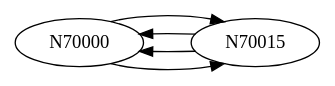
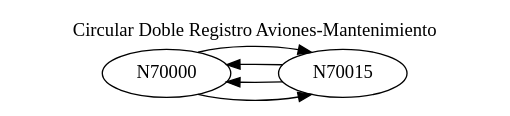
Before and after one commit to Samashoas/202109705_Proyecto_EDD: the diagram in cmake-build-debug/grafica_LC_Mantenimiento.dot, drawn with Graphviz. The commit also changed 29 other files, not shown here.

```diff
--- a/cmake-build-debug/grafica_LC_Mantenimiento.dot
+++ b/cmake-build-debug/grafica_LC_Mantenimiento.dot
@@ -1,8 +1,10 @@
 digraph G { rankdir=LR; node [shape=oval];
+labelloc="t";
+label="Circular Doble Registro Aviones-Mantenimiento";
 node0 [label="N70000"];
 node1 [label="N70015"];
 node0 -> node1;
 node1 -> node0;
 node1 -> node0;
 node0 -> node1;
  }
```
